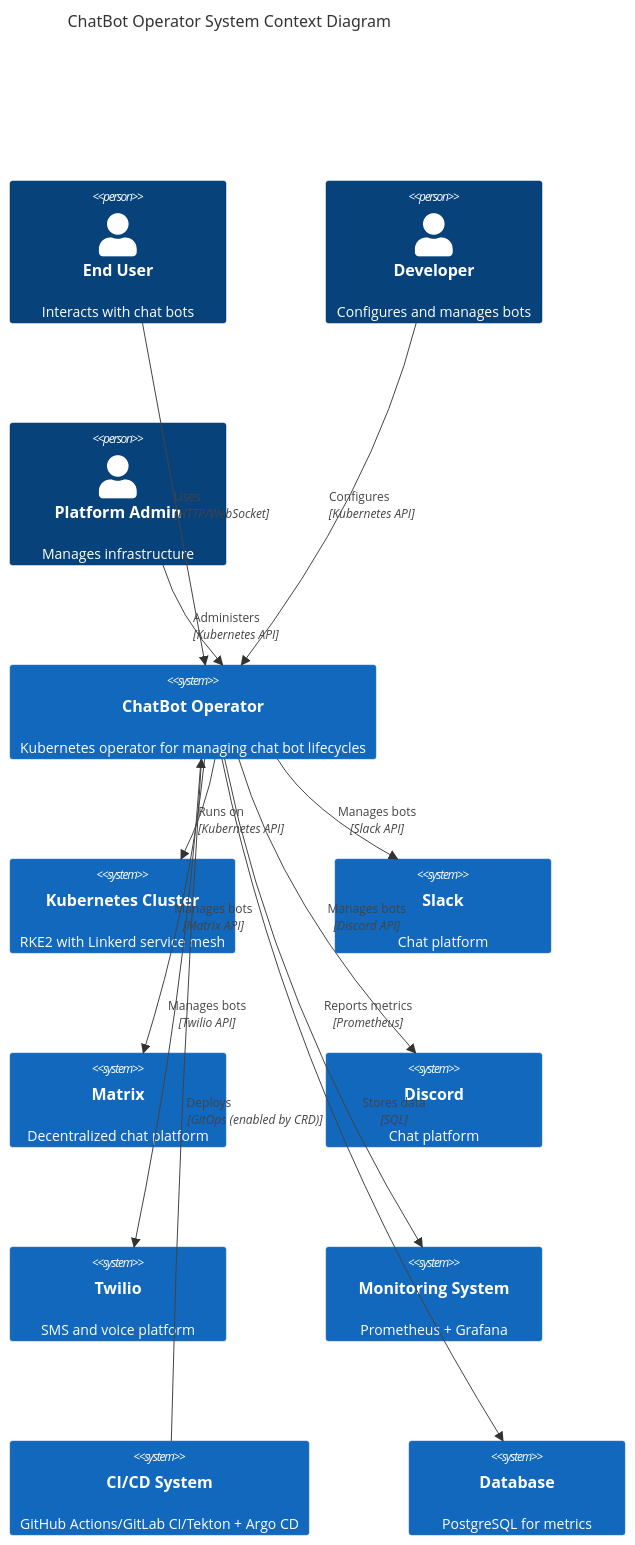
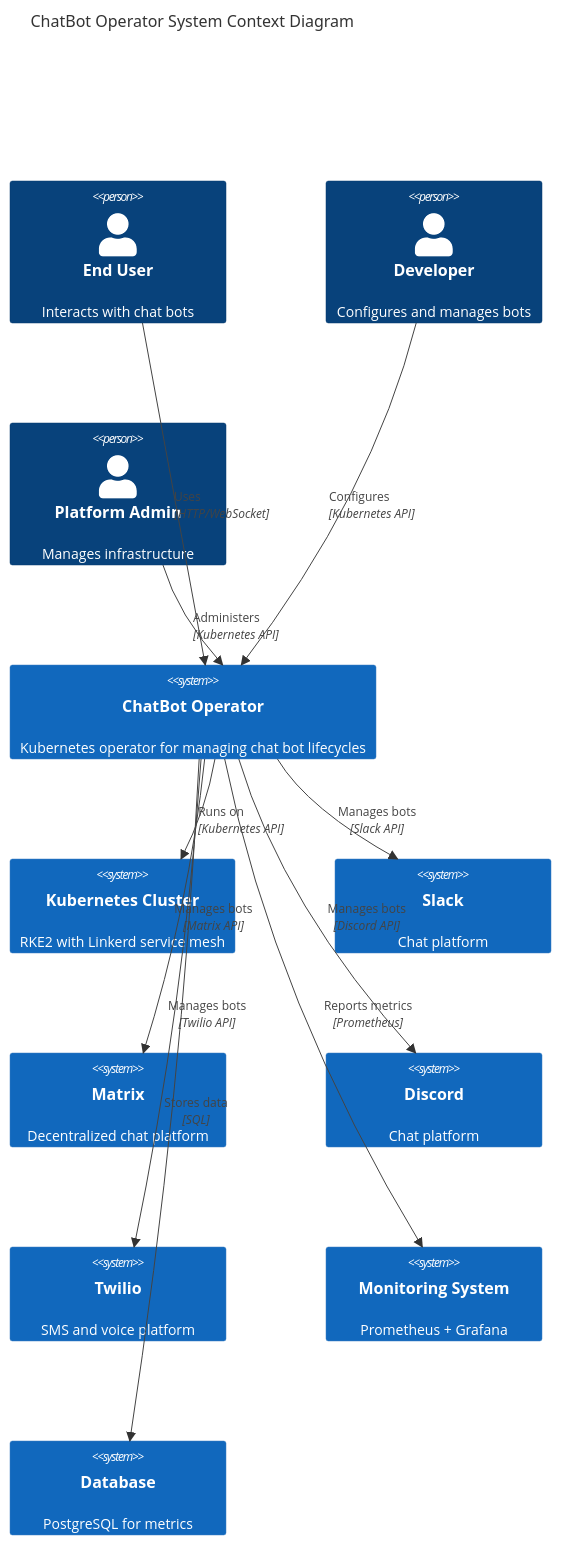
Before and after one commit to FruityWelsh/bot-maker: the first of 15 diagrams in docs/diagrams.md, drawn with Mermaid. The commit also changed other lines of this file, not shown here.

First line of the commit message:
Remove CI/CD system references from system context diagram

````diff
--- a/docs/diagrams.md
+++ b/docs/diagrams.md
@@ -40,32 +38,30 @@
 ```mermaid
 C4Context
     title ChatBot Operator System Context Diagram
     
     Person(user, "End User", "Interacts with chat bots")
     Person(dev, "Developer", "Configures and manages bots")
     Person(admin, "Platform Admin", "Manages infrastructure")
     
     System(chatbotOperator, "ChatBot Operator", "Kubernetes operator for managing chat bot lifecycles")
     
     System(kubernetes, "Kubernetes Cluster", "RKE2 with Linkerd service mesh")
     System(slack, "Slack", "Chat platform")
     System(matrix, "Matrix", "Decentralized chat platform")
     System(discord, "Discord", "Chat platform")
     System(twilio, "Twilio", "SMS and voice platform")
     System(monitoring, "Monitoring System", "Prometheus + Grafana")
-    System(ciCd, "CI/CD System", "GitHub Actions/GitLab CI/Tekton + Argo CD")
     System(database, "Database", "PostgreSQL for metrics")
     
     Rel(user, chatbotOperator, "Uses", "HTTP/WebSocket")
     Rel(dev, chatbotOperator, "Configures", "Kubernetes API")
     Rel(admin, chatbotOperator, "Administers", "Kubernetes API")
     
     Rel(chatbotOperator, kubernetes, "Runs on", "Kubernetes API")
     Rel(chatbotOperator, slack, "Manages bots", "Slack API")
     Rel(chatbotOperator, matrix, "Manages bots", "Matrix API")
     Rel(chatbotOperator, discord, "Manages bots", "Discord API")
     Rel(chatbotOperator, twilio, "Manages bots", "Twilio API")
     Rel(chatbotOperator, monitoring, "Reports metrics", "Prometheus")
     Rel(chatbotOperator, database, "Stores data", "SQL")
-    Rel(ciCd, chatbotOperator, "Deploys", "GitOps (enabled by CRD)")
 ```
````
